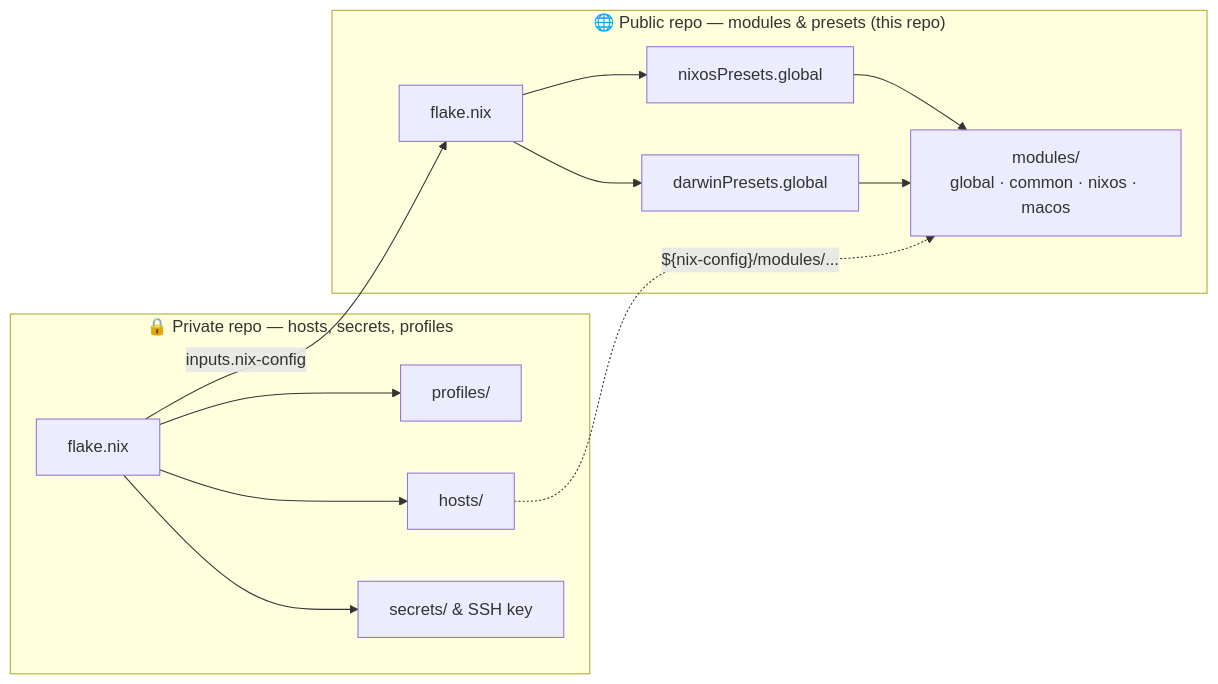
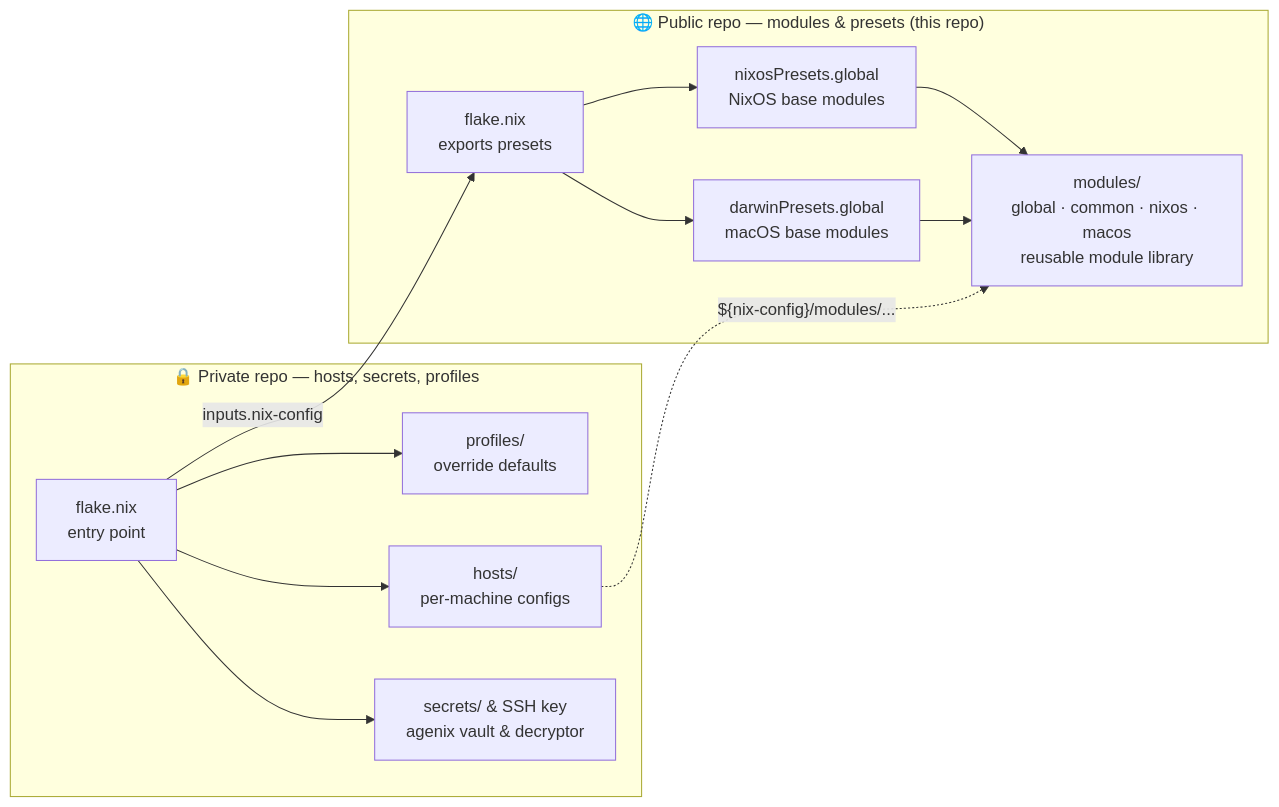
One commit to computercam/nix-config changed the diagram in README.md. Above: the diagram before and after it, drawn with Mermaid.

Commit message:
Diagram: add succinct descriptions under each node

````diff
--- a/README.md
+++ b/README.md
@@ -9,20 +9,20 @@
 ```mermaid
 flowchart LR
   subgraph Private["🔒 Private repo — hosts, secrets, profiles"]
-    PF["flake.nix"] --> P["profiles/"]
-    PF --> H["hosts/"]
-    PF --> SE["secrets/ & SSH key"]
+    PF["flake.nix<br/>entry point"] --> P["profiles/<br/>override defaults"]
+    PF --> H["hosts/<br/>per-machine configs"]
+    PF --> SE["secrets/ & SSH key<br/>agenix vault & decryptor"]
   end
 
   subgraph Public["🌐 Public repo — modules & presets (this repo)"]
-    F["flake.nix"] --> NP["nixosPresets.global"]
-    F --> DP["darwinPresets.global"]
+    F["flake.nix<br/>exports presets"] --> NP["nixosPresets.global<br/>NixOS base modules"]
+    F --> DP["darwinPresets.global<br/>macOS base modules"]
 
-    M["modules/<br/>global · common · nixos · macos"]
+    M["modules/<br/>global · common · nixos · macos<br/>reusable module library"]
   end
 
   NP --> M
   DP --> M
   PF -->|"inputs.nix-config"| F
   H -.->|"${nix-config}/modules/..."| M
 ```
````
